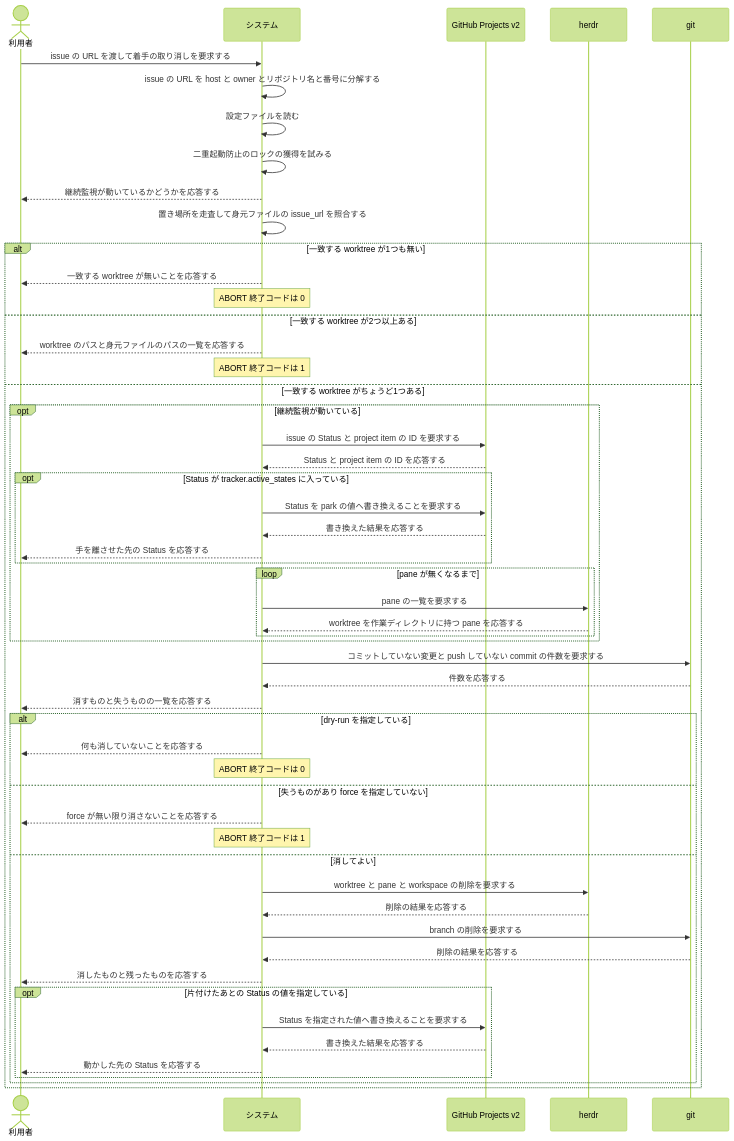
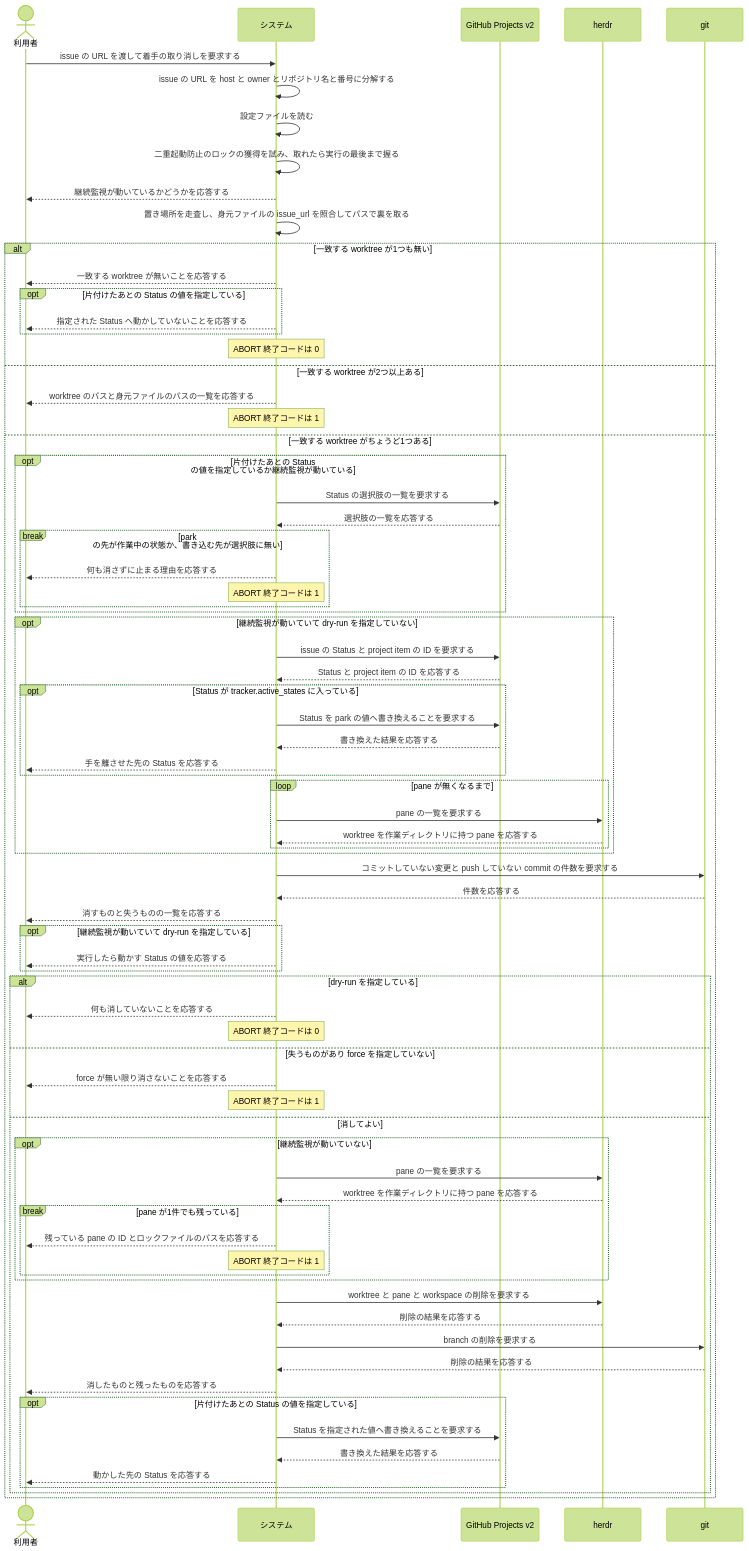
Before and after one commit to maimuzo/continuo: the second of 2 diagrams in docs/spec/usecases/particular_case/着手を取り消す.rucm.md, drawn with Mermaid (forest theme). The commit also changed other lines of this file and 25 other files, not shown here.

````diff
--- a/docs/spec/usecases/particular_case/着手を取り消す.rucm.md
+++ b/docs/spec/usecases/particular_case/着手を取り消す.rucm.md
@@ -322,57 +457,79 @@
 ```mermaid
 sequenceDiagram
     actor U as 利用者
     participant S as システム
     participant GH as GitHub Projects v2
     participant H as herdr
     participant G as git
 
     U->>S: issue の URL を渡して着手の取り消しを要求する
     S->>S: issue の URL を host と owner とリポジトリ名と番号に分解する
     S->>S: 設定ファイルを読む
-    S->>S: 二重起動防止のロックの獲得を試みる
+    S->>S: 二重起動防止のロックの獲得を試み、取れたら実行の最後まで握る
     S-->>U: 継続監視が動いているかどうかを応答する
-    S->>S: 置き場所を走査して身元ファイルの issue_url を照合する
+    S->>S: 置き場所を走査し、身元ファイルの issue_url を照合してパスで裏を取る
     alt 一致する worktree が1つも無い
         S-->>U: 一致する worktree が無いことを応答する
+        opt 片付けたあとの Status の値を指定している
+            S-->>U: 指定された Status へ動かしていないことを応答する
+        end
         Note over S: ABORT 終了コードは 0
     else 一致する worktree が2つ以上ある
         S-->>U: worktree のパスと身元ファイルのパスの一覧を応答する
         Note over S: ABORT 終了コードは 1
     else 一致する worktree がちょうど1つある
-        opt 継続監視が動いている
+        opt 片付けたあとの Status の値を指定しているか継続監視が動いている
+            S->>GH: Status の選択肢の一覧を要求する
+            GH-->>S: 選択肢の一覧を応答する
+            break park の先が作業中の状態か、書き込む先が選択肢に無い
+                S-->>U: 何も消さずに止まる理由を応答する
+                Note over S: ABORT 終了コードは 1
+            end
+        end
+        opt 継続監視が動いていて dry-run を指定していない
             S->>GH: issue の Status と project item の ID を要求する
             GH-->>S: Status と project item の ID を応答する
             opt Status が tracker.active_states に入っている
                 S->>GH: Status を park の値へ書き換えることを要求する
                 GH-->>S: 書き換えた結果を応答する
                 S-->>U: 手を離させた先の Status を応答する
             end
             loop pane が無くなるまで
                 S->>H: pane の一覧を要求する
                 H-->>S: worktree を作業ディレクトリに持つ pane を応答する
             end
         end
         S->>G: コミットしていない変更と push していない commit の件数を要求する
         G-->>S: 件数を応答する
         S-->>U: 消すものと失うものの一覧を応答する
+        opt 継続監視が動いていて dry-run を指定している
+            S-->>U: 実行したら動かす Status の値を応答する
+        end
         alt dry-run を指定している
             S-->>U: 何も消していないことを応答する
             Note over S: ABORT 終了コードは 0
         else 失うものがあり force を指定していない
             S-->>U: force が無い限り消さないことを応答する
             Note over S: ABORT 終了コードは 1
         else 消してよい
+            opt 継続監視が動いていない
+                S->>H: pane の一覧を要求する
+                H-->>S: worktree を作業ディレクトリに持つ pane を応答する
+                break pane が1件でも残っている
+                    S-->>U: 残っている pane の ID とロックファイルのパスを応答する
+                    Note over S: ABORT 終了コードは 1
+                end
+            end
             S->>H: worktree と pane と workspace の削除を要求する
             H-->>S: 削除の結果を応答する
             S->>G: branch の削除を要求する
             G-->>S: 削除の結果を応答する
             S-->>U: 消したものと残ったものを応答する
             opt 片付けたあとの Status の値を指定している
                 S->>GH: Status を指定された値へ書き換えることを要求する
                 GH-->>S: 書き換えた結果を応答する
                 S-->>U: 動かした先の Status を応答する
             end
         end
     end
 ```
````
